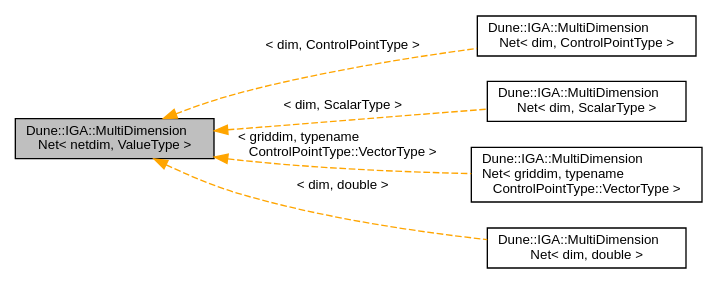
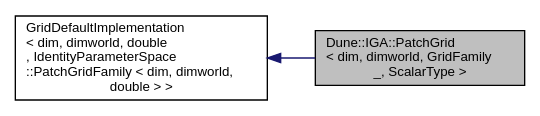
Before and after one commit to rath3t/dune-iga-doc: the diagram in d8/d53/a01225.dot, drawn with Graphviz. The commit also changed 1638 other files, not shown here.

Commit message:
deploy: rath3t/dune-iga@39a22d86f807350d8fd5fd2358904a281525172c

```diff
--- a/d8/d53/a01225.dot
+++ b/d8/d53/a01225.dot
@@ -1,16 +1,10 @@
-digraph "Dune::IGA::MultiDimensionNet&lt; netdim, ValueType &gt;"
+digraph "Dune::IGA::PatchGrid&lt; dim, dimworld, GridFamily_, ScalarType &gt;"
 {
  // LATEX_PDF_SIZE
   edge [fontname="Helvetica",fontsize="10",labelfontname="Helvetica",labelfontsize="10"];
   node [fontname="Helvetica",fontsize="10",shape=record];
   rankdir="LR";
-  Node1 [label="Dune::IGA::MultiDimension\lNet\< netdim, ValueType \>",height=0.2,width=0.4,color="black", fillcolor="grey75", style="filled", fontcolor="black",tooltip="class holds a n-dim net"];
-  Node1 -> Node2 [dir="back",color="orange",fontsize="10",style="dashed",label=" \< dim, ControlPointType \>" ,fontname="Helvetica"];
-  Node2 [label="Dune::IGA::MultiDimension\lNet\< dim, ControlPointType \>",height=0.2,width=0.4,color="black", fillcolor="white", style="filled",URL="$dd/d9e/a01226.html",tooltip=" "];
-  Node1 -> Node3 [dir="back",color="orange",fontsize="10",style="dashed",label=" \< dim, ScalarType \>" ,fontname="Helvetica"];
-  Node3 [label="Dune::IGA::MultiDimension\lNet\< dim, ScalarType \>",height=0.2,width=0.4,color="black", fillcolor="white", style="filled",URL="$dd/d9e/a01226.html",tooltip=" "];
-  Node1 -> Node4 [dir="back",color="orange",fontsize="10",style="dashed",label=" \< griddim, typename\l ControlPointType::VectorType \>" ,fontname="Helvetica"];
-  Node4 [label="Dune::IGA::MultiDimension\lNet\< griddim, typename\l ControlPointType::VectorType \>",height=0.2,width=0.4,color="black", fillcolor="white", style="filled",URL="$dd/d9e/a01226.html",tooltip=" "];
-  Node1 -> Node5 [dir="back",color="orange",fontsize="10",style="dashed",label=" \< dim, double \>" ,fontname="Helvetica"];
-  Node5 [label="Dune::IGA::MultiDimension\lNet\< dim, double \>",height=0.2,width=0.4,color="black", fillcolor="white", style="filled",URL="$dd/d9e/a01226.html",tooltip=" "];
+  Node1 [label="Dune::IGA::PatchGrid\l\< dim, dimworld, GridFamily\l_, ScalarType \>",height=0.2,width=0.4,color="black", fillcolor="grey75", style="filled", fontcolor="black",tooltip="Provides a NURBS grid based on a single NURBS patch."];
+  Node2 -> Node1 [dir="back",color="midnightblue",fontsize="10",style="solid",fontname="Helvetica"];
+  Node2 [label="GridDefaultImplementation\l\< dim, dimworld, double\l , IdentityParameterSpace\l::PatchGridFamily \< dim, dimworld,\l double  \> \>",height=0.2,width=0.4,color="black", fillcolor="white", style="filled",tooltip=" "];
 }
```
